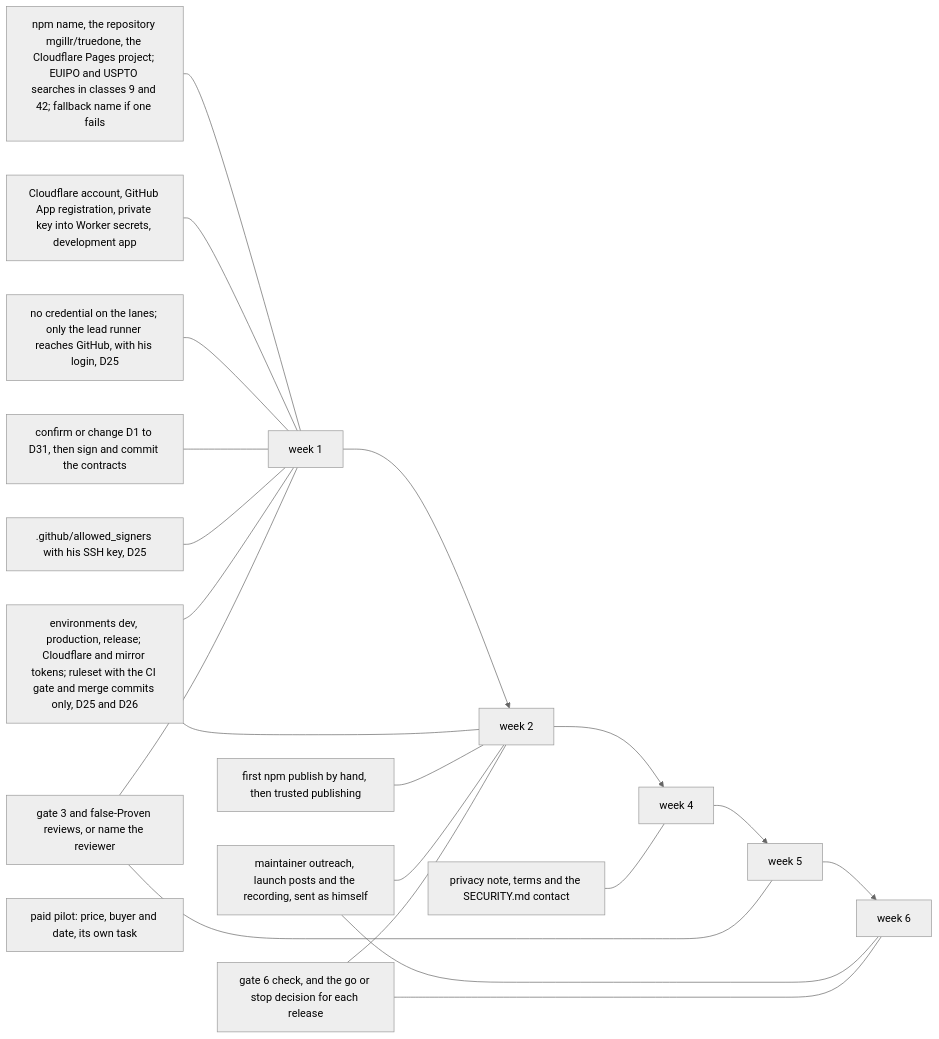
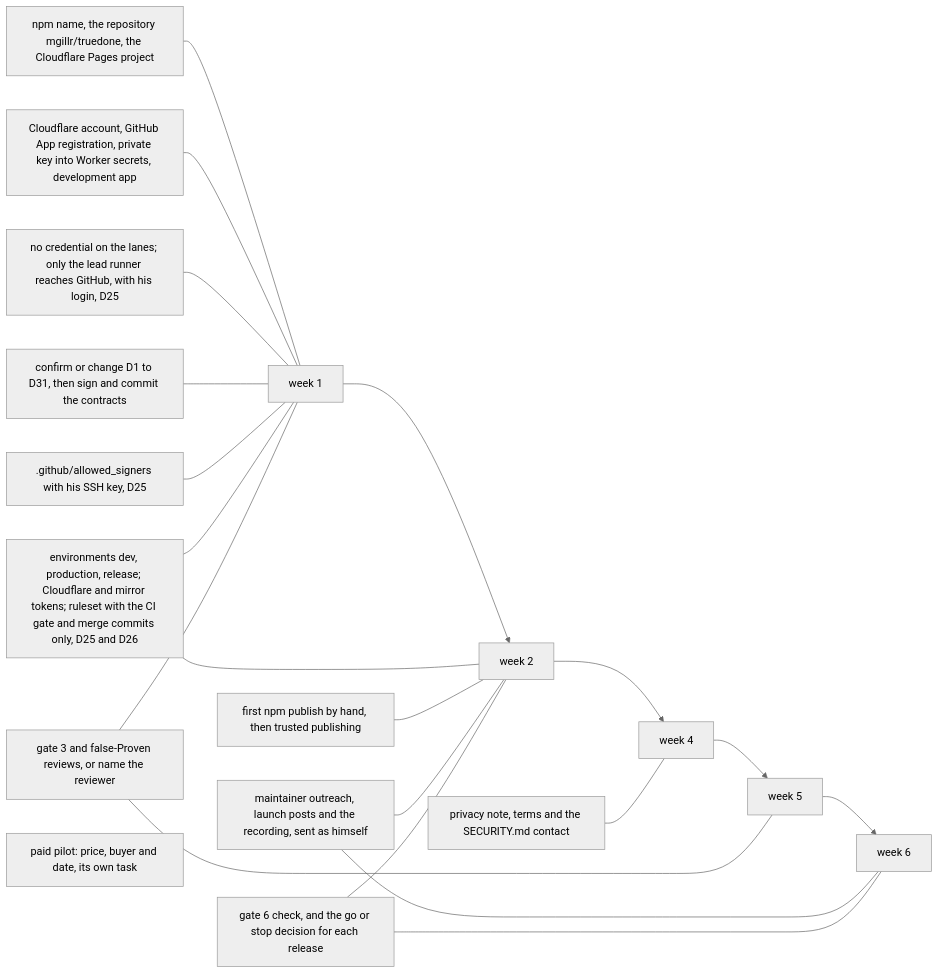
The first of 2 diagrams in docs/design/07-ryan-only.md (Truedone/truedone), drawn with Mermaid (neutral theme) before and after one commit. The commit also changed other lines of this file and 4 other files, not shown here.

````diff
--- a/docs/design/07-ryan-only.md
+++ b/docs/design/07-ryan-only.md
@@ -22,20 +22,20 @@
 ```mermaid
 flowchart LR
   W1["week 1"] --> W2["week 2"] --> W4["week 4"] --> W5["week 5"] --> W6["week 6"]
-  N["npm name, the repository mgillr/truedone, the Cloudflare Pages project; EUIPO and USPTO searches in classes 9 and 42; fallback name if one fails"] --- W1
+  N["npm name, the repository mgillr/truedone, the Cloudflare Pages project"] --- W1
   CF["Cloudflare account, GitHub App registration, private key into Worker secrets, development app"] --- W1
   TOK["no credential on the lanes; only the lead runner reaches GitHub, with his login, D25"] --- W1
   CON["confirm or change D1 to D31, then sign and commit the contracts"] --- W1
   MA[".github/allowed_signers with his SSH key, D25"] --- W1
   ENV["environments dev, production, release; Cloudflare and mirror tokens; ruleset with the CI gate and merge commits only, D25 and D26"] --- W1
   ENV --- W2
   REV["gate 3 and false-Proven reviews, or name the reviewer"] --- W1
   REV --- W5
   PUB["first npm publish by hand, then trusted publishing"] --- W2
   OUT["maintainer outreach, launch posts and the recording, sent as himself"] --- W2
   OUT --- W6
   G6["gate 6 check, and the go or stop decision for each release"] --- W2
   G6 --- W6
   POL["privacy note, terms and the SECURITY.md contact"] --- W4
   PIL["paid pilot: price, buyer and date, its own task"]
 ```
````
